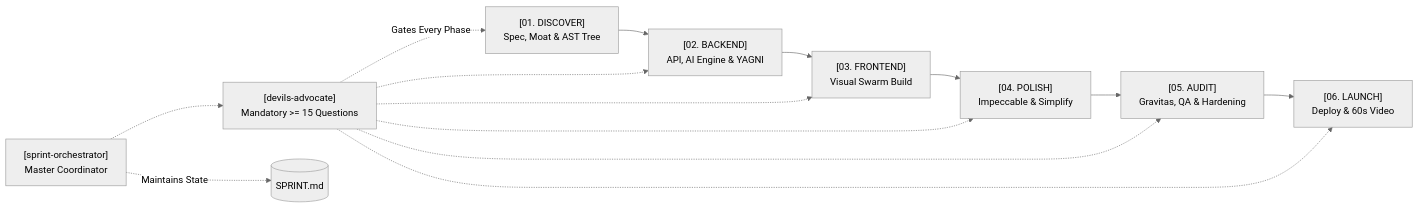
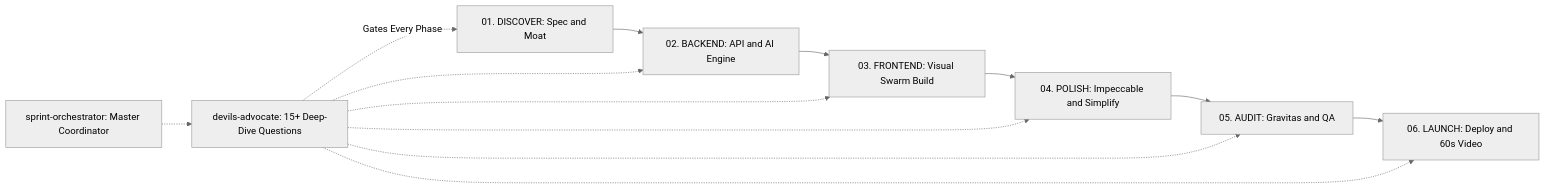
The diagram in README.md (VihaanR/sprint-system), drawn with Mermaid (neutral theme) before and after one commit. The commit also changed other lines of this file and 1 other file, not shown here.

Commit message:
feat(ui): add visual architecture-matrix.svg and beautify README layout with clean Mermaid syntax

````diff
--- a/README.md
+++ b/README.md
@@ -36,18 +36,17 @@
 ```mermaid
 flowchart LR
-    P1["[01. DISCOVER]<br/>Spec, Moat & AST Tree"] --> P2["[02. BACKEND]<br/>API, AI Engine & YAGNI"]
-    P2 --> P3["[03. FRONTEND]<br/>Visual Swarm Build"]
-    P3 --> P4["[04. POLISH]<br/>Impeccable & Simplify"]
-    P4 --> P5["[05. AUDIT]<br/>Gravitas, QA & Hardening"]
-    P5 --> P6["[06. LAUNCH]<br/>Deploy & 60s Video"]
+    P1["01. DISCOVER: Spec and Moat"] --> P2["02. BACKEND: API and AI Engine"]
+    P2 --> P3["03. FRONTEND: Visual Swarm Build"]
+    P3 --> P4["04. POLISH: Impeccable and Simplify"]
+    P4 --> P5["05. AUDIT: Gravitas and QA"]
+    P5 --> P6["06. LAUNCH: Deploy and 60s Video"]
 
-    DA["[devils-advocate]<br/>Mandatory >= 15 Questions"] -.->|Gates Every Phase| P1
+    DA["devils-advocate: 15+ Deep-Dive Questions"] -.->|Gates Every Phase| P1
     DA -.-> P2
     DA -.-> P3
     DA -.-> P4
     DA -.-> P5
     DA -.-> P6
 
-    SO["[sprint-orchestrator]<br/>Master Coordinator"] -.->|Maintains State| SPRINT[("SPRINT.md")]
-    SO -.-> DA
+    SO["sprint-orchestrator: Master Coordinator"] -.-> DA
 ```
````
